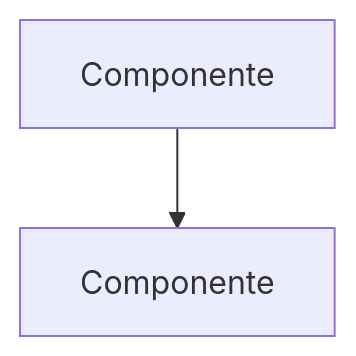
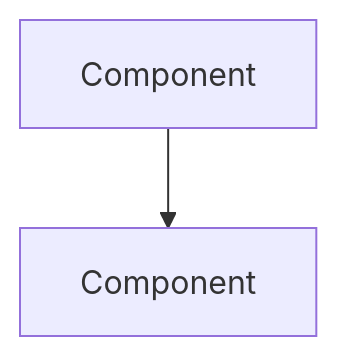
One commit to brunoomariano/luna changed the diagram in docs/architecture/_template.md. Above: the diagram before and after it, drawn with Mermaid. The commit also changed other lines of this file and 50 other files, not shown here.

````diff
--- a/docs/architecture/_template.md
+++ b/docs/architecture/_template.md
@@ -13,4 +13,4 @@
 ```mermaid
 flowchart TD
-  A[Componente] --> B[Componente]
+  A[Component] --> B[Component]
 ```
````
